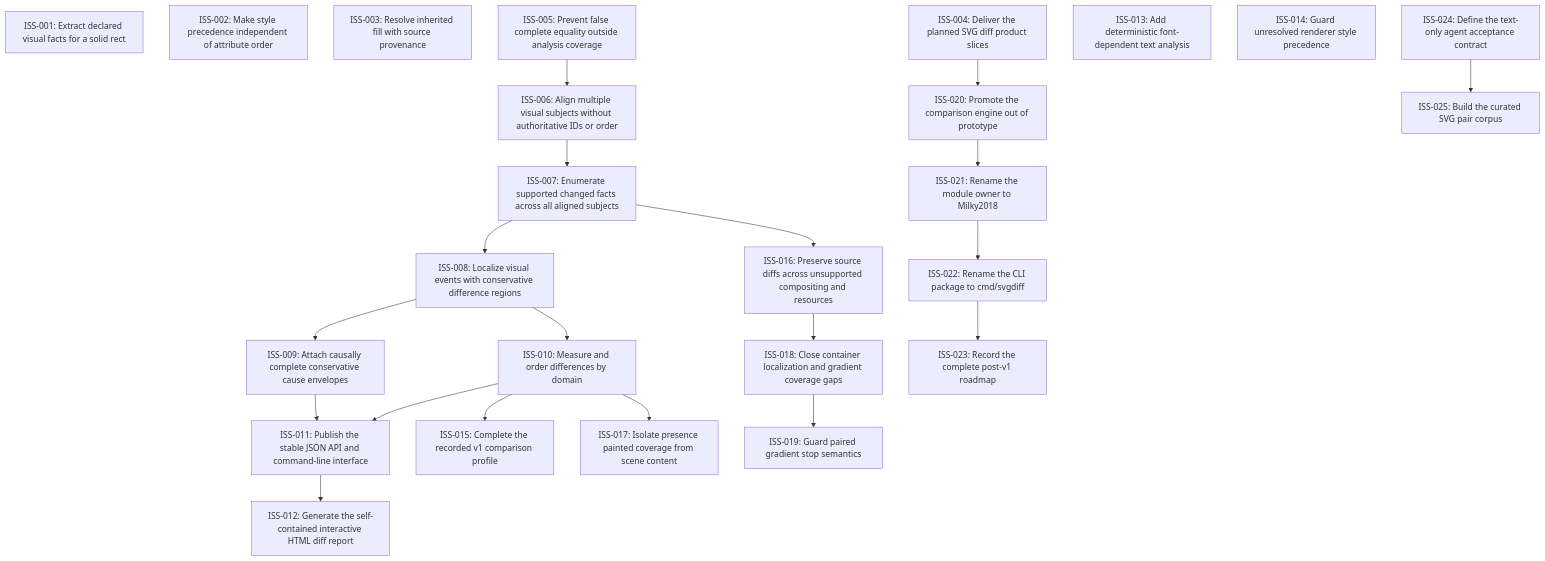
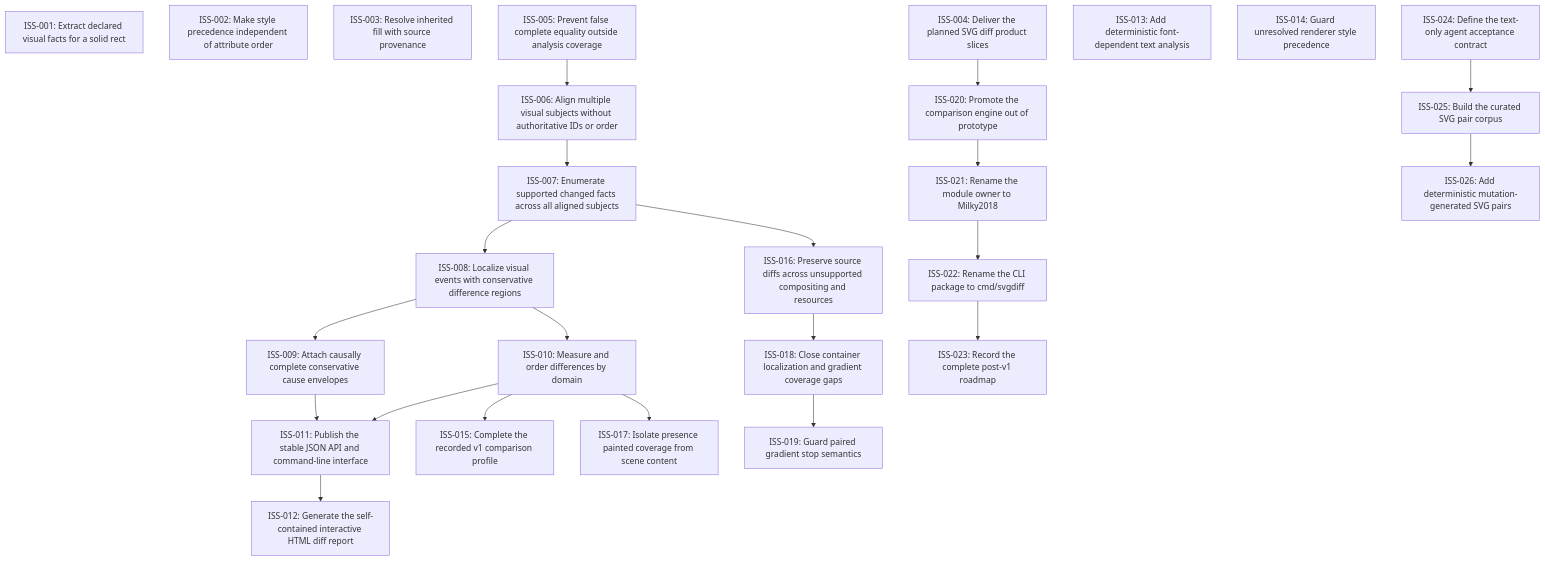
One commit to moonbit-community/svgdiff changed the diagram in issues/README.md. Above: the diagram before and after it, drawn with Mermaid. The commit also changed 11 other files, not shown here.

Commit message:
Add deterministic SVG mutation suite

````diff
--- a/issues/README.md
+++ b/issues/README.md
@@ -18,46 +18,48 @@
 ```mermaid
 graph TD
   ISS_001["ISS-001: Extract declared visual facts for a solid rect"]
   ISS_002["ISS-002: Make style precedence independent of attribute order"]
   ISS_003["ISS-003: Resolve inherited fill with source provenance"]
   ISS_004["ISS-004: Deliver the planned SVG diff product slices"]
   ISS_005["ISS-005: Prevent false complete equality outside analysis coverage"]
   ISS_006["ISS-006: Align multiple visual subjects without authoritative IDs or order"]
   ISS_007["ISS-007: Enumerate supported changed facts across all aligned subjects"]
   ISS_008["ISS-008: Localize visual events with conservative difference regions"]
   ISS_009["ISS-009: Attach causally complete conservative cause envelopes"]
   ISS_010["ISS-010: Measure and order differences by domain"]
   ISS_011["ISS-011: Publish the stable JSON API and command-line interface"]
   ISS_012["ISS-012: Generate the self-contained interactive HTML diff report"]
   ISS_013["ISS-013: Add deterministic font-dependent text analysis"]
   ISS_014["ISS-014: Guard unresolved renderer style precedence"]
   ISS_015["ISS-015: Complete the recorded v1 comparison profile"]
   ISS_016["ISS-016: Preserve source diffs across unsupported compositing and resources"]
   ISS_017["ISS-017: Isolate presence painted coverage from scene content"]
   ISS_018["ISS-018: Close container localization and gradient coverage gaps"]
   ISS_019["ISS-019: Guard paired gradient stop semantics"]
   ISS_020["ISS-020: Promote the comparison engine out of prototype"]
   ISS_021["ISS-021: Rename the module owner to Milky2018"]
   ISS_022["ISS-022: Rename the CLI package to cmd/svgdiff"]
   ISS_023["ISS-023: Record the complete post-v1 roadmap"]
   ISS_024["ISS-024: Define the text-only agent acceptance contract"]
   ISS_025["ISS-025: Build the curated SVG pair corpus"]
+  ISS_026["ISS-026: Add deterministic mutation-generated SVG pairs"]
   ISS_005 --> ISS_006
   ISS_006 --> ISS_007
   ISS_007 --> ISS_008
   ISS_008 --> ISS_009
   ISS_008 --> ISS_010
   ISS_009 --> ISS_011
   ISS_010 --> ISS_011
   ISS_011 --> ISS_012
   ISS_010 --> ISS_015
   ISS_007 --> ISS_016
   ISS_010 --> ISS_017
   ISS_016 --> ISS_018
   ISS_018 --> ISS_019
   ISS_004 --> ISS_020
   ISS_020 --> ISS_021
   ISS_021 --> ISS_022
   ISS_022 --> ISS_023
   ISS_024 --> ISS_025
+  ISS_025 --> ISS_026
 ```
````
